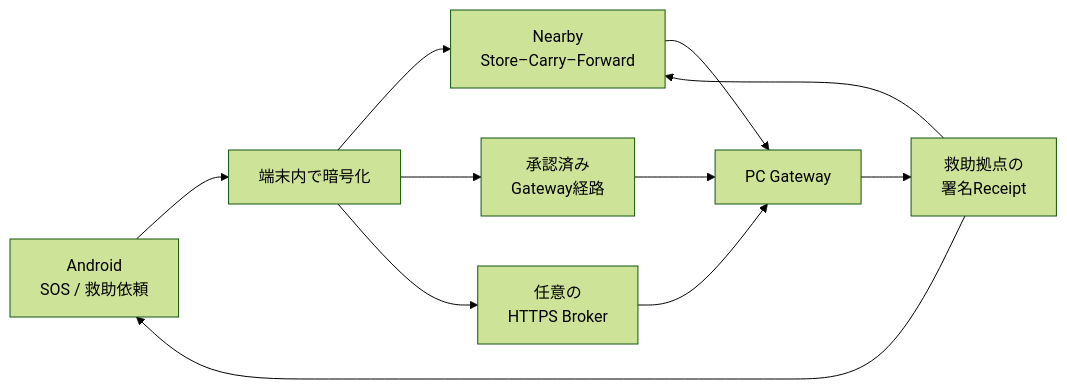
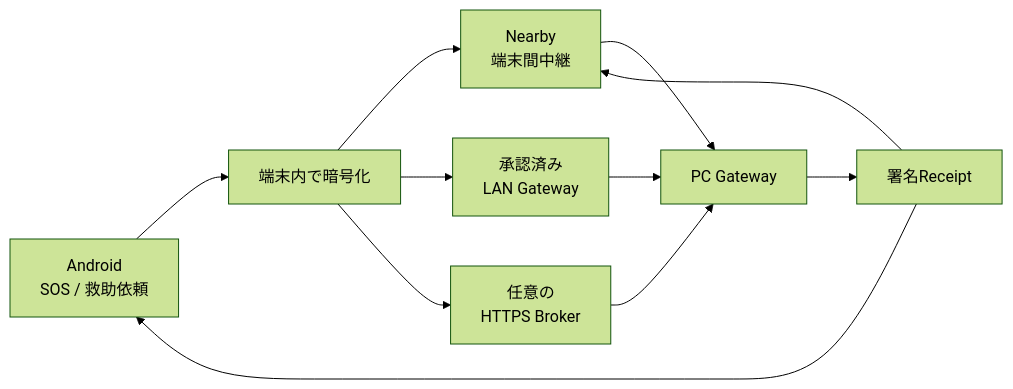
One commit to NEGI46/Relay changed the diagram in README.md. Above: the diagram before and after it, drawn with Mermaid (forest theme). The commit also changed other lines of this file, not shown here.

````diff
--- a/README.md
+++ b/README.md
@@ -54,13 +39,13 @@
 ```mermaid
 flowchart LR
     A[Android<br/>SOS / 救助依頼] --> E[端末内で暗号化]
-    E --> N[Nearby<br/>Store–Carry–Forward]
-    E --> L[承認済み<br/>Gateway経路]
+    E --> N[Nearby<br/>端末間中継]
+    E --> L[承認済み<br/>LAN Gateway]
     E --> B[任意の<br/>HTTPS Broker]
     N --> G[PC Gateway]
     L --> G
     B --> G
-    G --> R[救助拠点の<br/>署名Receipt]
+    G --> R[署名Receipt]
     R --> A
     R --> N
 ```
````
